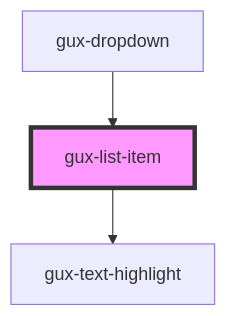
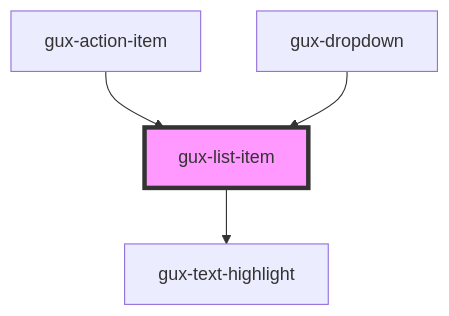
Before and after one commit to MyPureCloud/genesys-spark: the diagram in src/components/global/gux-list/list-item/readme.md, drawn with Mermaid. The commit also changed other lines of this file and 13 other files, not shown here.

````diff
--- a/src/components/global/gux-list/list-item/readme.md
+++ b/src/components/global/gux-list/list-item/readme.md
@@ -44,6 +45,7 @@
 ```mermaid
 graph TD;
   gux-list-item --> gux-text-highlight
+  gux-action-item --> gux-list-item
   gux-dropdown --> gux-list-item
   style gux-list-item fill:#f9f,stroke:#333,stroke-width:4px
 ```
````
